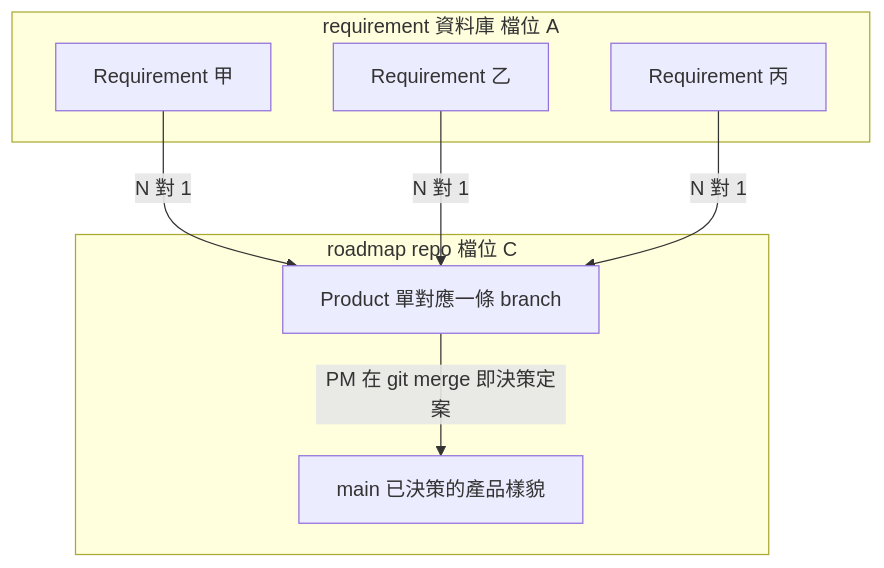
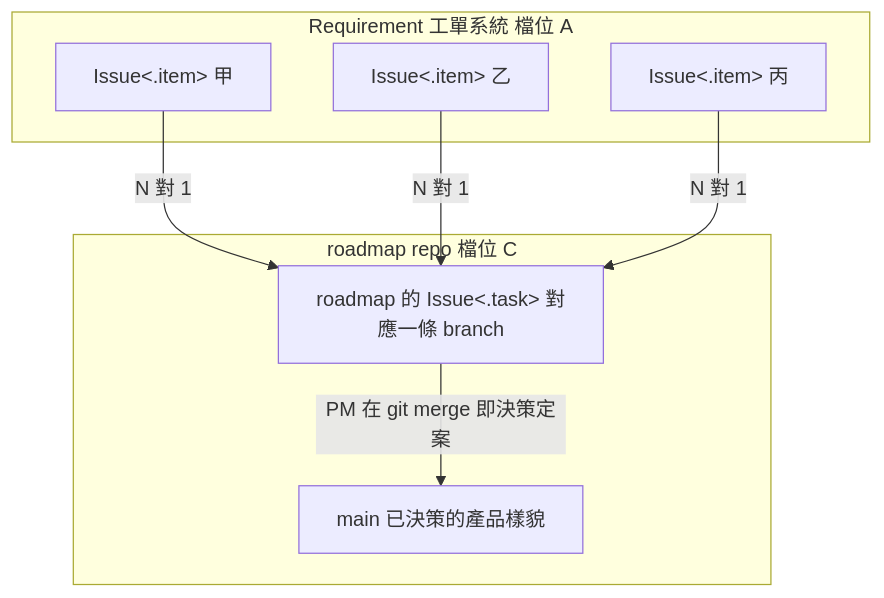
One commit to almightyken0425/KnowledgeVault changed the first of 3 diagrams in no03_Product_Management_Guide/no1_Product_Management_Foundation/no3_igotthis_system_concept/no4_data_model_and_trace.md. Above: the diagram before and after it, drawn with Mermaid. The commit also changed other lines of this file and 7 other files, not shown here.

````diff
--- a/no03_Product_Management_Guide/no1_Product_Management_Foundation/no3_igotthis_system_concept/no4_data_model_and_trace.md
+++ b/no03_Product_Management_Guide/no1_Product_Management_Foundation/no3_igotthis_system_concept/no4_data_model_and_trace.md
@@ -22,16 +24,16 @@
 ```mermaid
 flowchart TD
-    subgraph REQ["requirement 資料庫 檔位 A"]
-        RA["Requirement 甲"]
-        RB["Requirement 乙"]
-        RC["Requirement 丙"]
+    subgraph REQ["Requirement 工單系統 檔位 A"]
+        RA["Issue<.item> 甲"]
+        RB["Issue<.item> 乙"]
+        RC["Issue<.item> 丙"]
     end
     subgraph RM["roadmap repo 檔位 C"]
-        PD["Product 單對應一條 branch"]
+        PD["roadmap 的 Issue<.task> 對應一條 branch"]
         TR["main 已決策的產品樣貌"]
     end
     RA -->|"N 對 1"| PD
     RB -->|"N 對 1"| PD
     RC -->|"N 對 1"| PD
     PD -->|"PM 在 git merge 即決策定案"| TR
 ```
````
